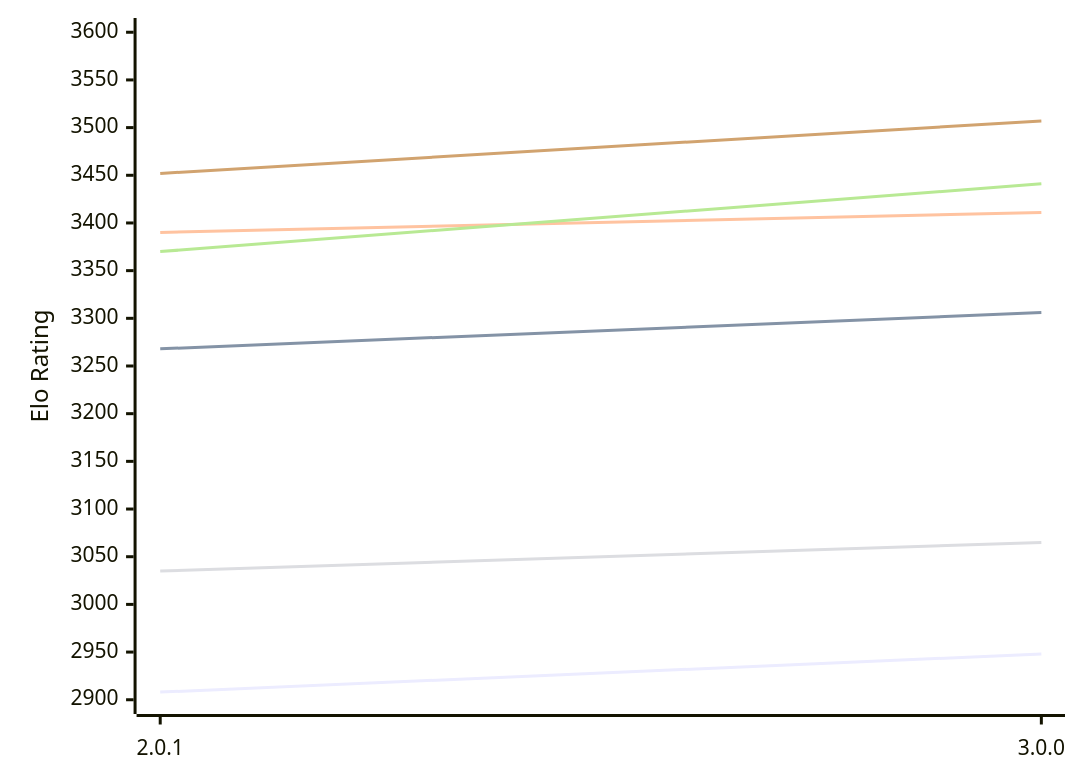
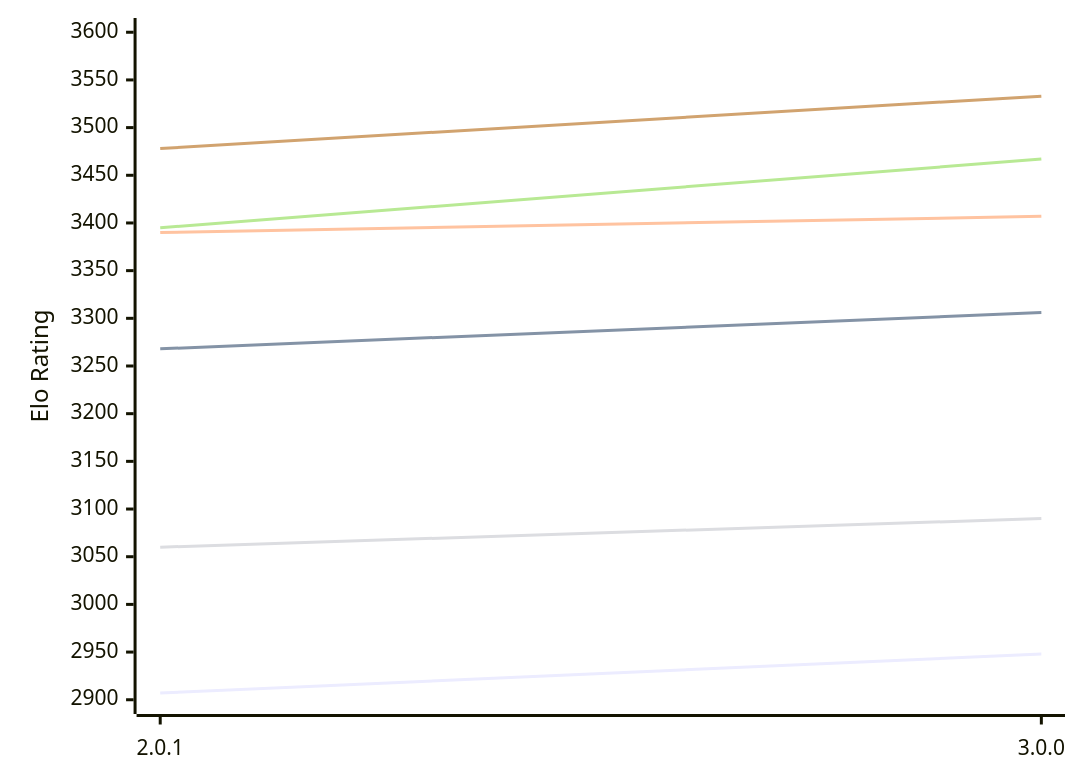
Before and after one commit to computer-chess-index/cci: the first of 2 diagrams in engines/Grail.md, drawn with Mermaid. The commit also changed other lines of this file, not shown here.

Commit message:
Update CCI Ratings (ELO VLTC) - 2026-11-04

````diff
--- a/engines/Grail.md
+++ b/engines/Grail.md
@@ -56,12 +56,12 @@
 ```mermaid
 %%{init: {"theme":"base","themeVariables":{"seriesColors:['#a3a3a3','#222221','#faa371']}}}%%
 xychart-beta
   x-axis ["2.0.1", "3.0.0"]
   y-axis "Elo Rating" 2900 --> 3600
-  line "E1: STC (8.0+0.08s)" [2908, 2948]
+  line "E1: STC (8.0+0.08s)" [2907, 2948]
   line "E1: LTC (60.0+0.60s)" [3268, 3306]
-  line "E1: VLTC (2m24s+1.12s)" [3390, 3411]
-  line "P1: STC (8.0+0.08s)" [3035, 3065]
-  line "P1: LTC (60.0+0.60s)" [3370, 3441]
-  line "P1: VLTC (2m24s+1.12s)" [3452, 3507]
+  line "E1: VLTC (2m24s+1.12s)" [3390, 3407]
+  line "P1: STC (8.0+0.08s)" [3060, 3090]
+  line "P1: LTC (60.0+0.60s)" [3395, 3467]
+  line "P1: VLTC (2m24s+1.12s)" [3478, 3533]
 ```
````
